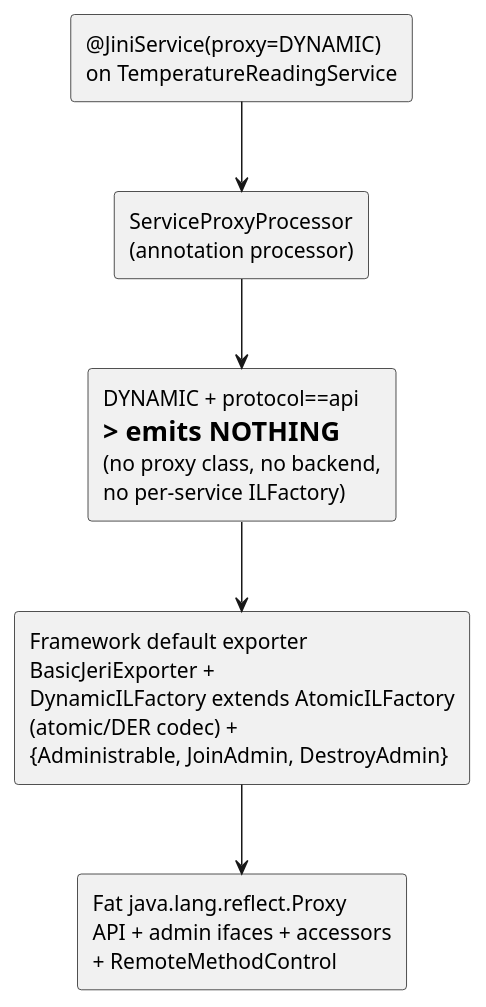
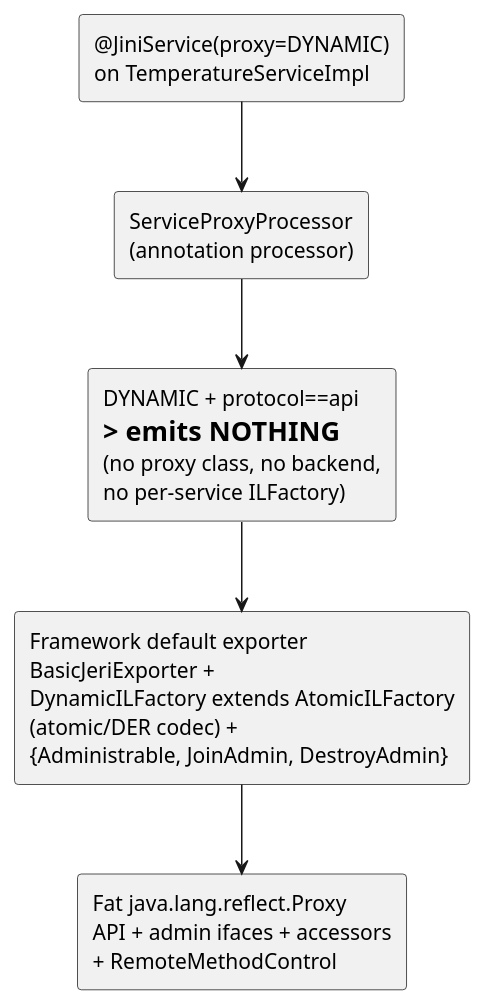
The first of 2 diagrams in JGDMS/docs/security-baked-into-jvm-1b.adoc (pfirmstone/JGDMS), drawn with PlantUML before and after one commit. The commit also changed other lines of this file and 1 other file, not shown here.

First line of the commit message:
docs: reconcile blog posts to @JiniService-on-implementation model

```diff
--- a/JGDMS/docs/security-baked-into-jvm-1b.adoc
+++ b/JGDMS/docs/security-baked-into-jvm-1b.adoc
@@ -283,16 +290,16 @@
 [plantuml,jgdms-1b-annotation-flow,svg,alt="From @JiniService annotation through the processor and framework-default AtomicILFactory-based exporter to the fat dynamic proxy",width=800,height=250]
 ....
 skinparam monochrome true
 skinparam shadowing false
 
-rectangle "@JiniService(proxy=DYNAMIC)\non TemperatureReadingService" as ANN
+rectangle "@JiniService(proxy=DYNAMIC)\non TemperatureServiceImpl" as ANN
 rectangle "ServiceProxyProcessor\n(annotation processor)" as PROC
 rectangle "DYNAMIC + protocol==api\n=> emits NOTHING\n(no proxy class, no backend,\nno per-service ILFactory)" as GEN
 rectangle "Framework default exporter\nBasicJeriExporter +\nDynamicILFactory extends AtomicILFactory\n(atomic/DER codec) +\n{Administrable, JoinAdmin, DestroyAdmin}" as EXP
 rectangle "Fat java.lang.reflect.Proxy\nAPI + admin ifaces + accessors\n+ RemoteMethodControl" as PROXY
 
 ANN --> PROC
 PROC --> GEN
 GEN --> EXP
 EXP --> PROXY
 ....
```
